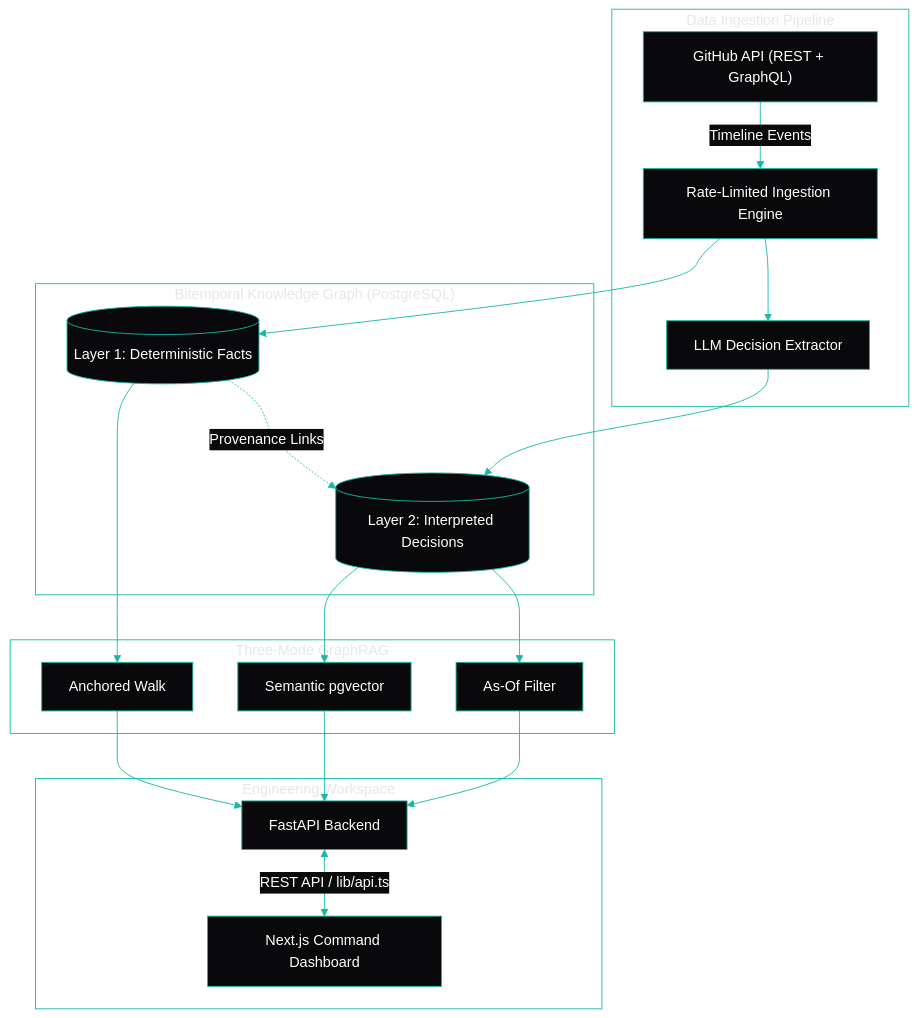
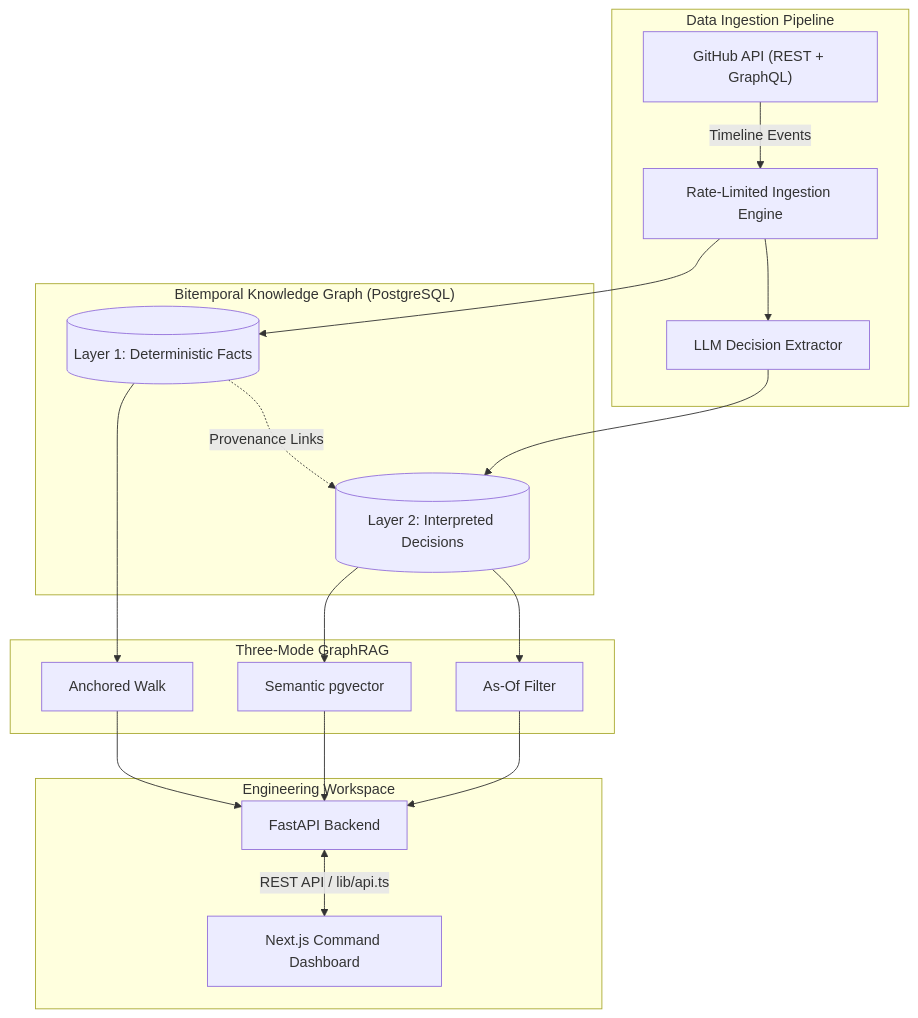
One commit to amanmprojects/kairo changed the first of 2 diagrams in README.md. Above: the diagram before and after it, drawn with Mermaid. The commit also changed other lines of this file, not shown here.

Commit message:
Fix: Remove custom Mermaid theme configs to restore GitHub Markdown rendering

````diff
--- a/README.md
+++ b/README.md
@@ -51,37 +51,26 @@
 ```mermaid
-%%{init: {
-  'theme': 'base',
-  'themeVariables': {
-    'primaryColor': '#09090b',
-    'primaryBorderColor': '#14b8a6',
-    'primaryTextColor': '#ffffff',
-    'lineColor': '#14b8a6',
-    'clusterBkg': 'transparent',
-    'clusterBorder': '#14b8a6'
-  }
-}}%%
 graph TD
-    subgraph "Data Ingestion Pipeline"
+    subgraph Ingestion ["Data Ingestion Pipeline"]
         GitHub["GitHub API (REST + GraphQL)"] --> |Timeline Events| IngestEngine["Rate-Limited Ingestion Engine"]
         IngestEngine --> LLM["LLM Decision Extractor"]
     end
 
-    subgraph "Bitemporal Knowledge Graph (PostgreSQL)"
+    subgraph Database ["Bitemporal Knowledge Graph (PostgreSQL)"]
         IngestEngine --> L1[("Layer 1: Deterministic Facts")]
         LLM --> L2[("Layer 2: Interpreted Decisions")]
         L1 -.-> |Provenance Links| L2
     end
 
-    subgraph "Three-Mode GraphRAG"
+    subgraph GraphRAG ["Three-Mode GraphRAG"]
         L1 --> Anchored["Anchored Walk"]
         L2 --> AsOf["As-Of Filter"]
         L2 --> Semantic["Semantic pgvector"]
     end
 
-    subgraph "Engineering Workspace"
+    subgraph Workspace ["Engineering Workspace"]
         Anchored --> FastAPI["FastAPI Backend"]
         AsOf --> FastAPI
         Semantic --> FastAPI
         FastAPI <--> |REST API / lib/api.ts| NextJS["Next.js Command Dashboard"]
     end
 ```
````
